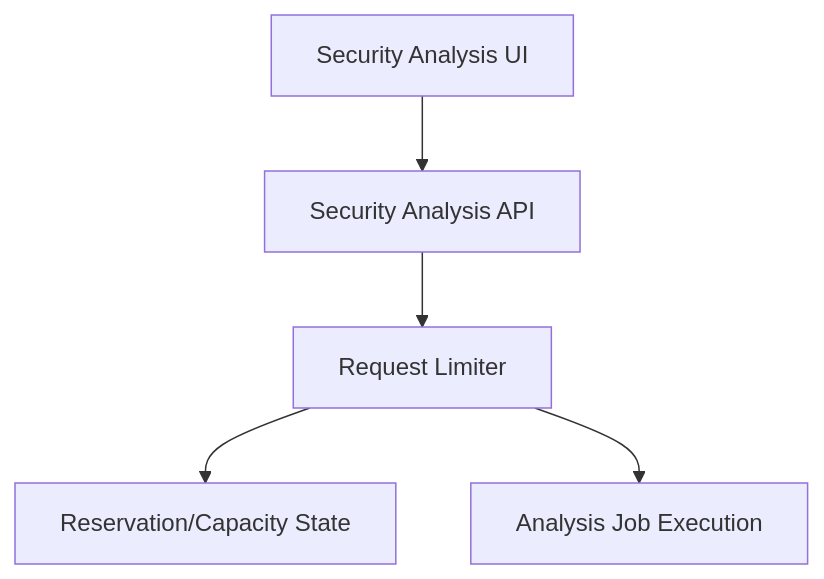
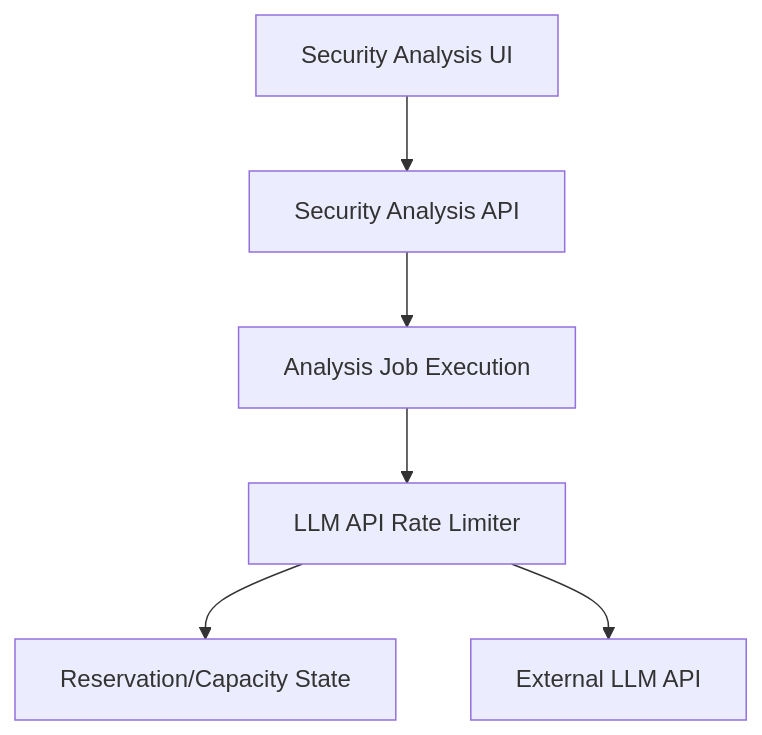
The first of 2 diagrams in docs/experience/cluml.en.md (zmrdltl/portfolio), drawn with Mermaid before and after one commit. The commit also changed other lines of this file and 6 other files, not shown here.

First line of the commit message:
docs: 외부 LLM API 호출량 제어 사례를 명확화

````diff
--- a/docs/experience/cluml.en.md
+++ b/docs/experience/cluml.en.md
@@ -11,13 +11,15 @@
 ```mermaid
 flowchart TB
   ui["Security Analysis UI"]
   api["Security Analysis API"]
-  limiter["Request Limiter"]
+  worker["Analysis Job Execution"]
+  limiter["LLM API Rate Limiter"]
   capacity["Reservation/Capacity State"]
-  worker["Analysis Job Execution"]
+  llm["External LLM API"]
 
   ui --> api
-  api --> limiter
+  api --> worker
+  worker --> limiter
   limiter --> capacity
-  limiter --> worker
+  limiter --> llm
 ```
````
